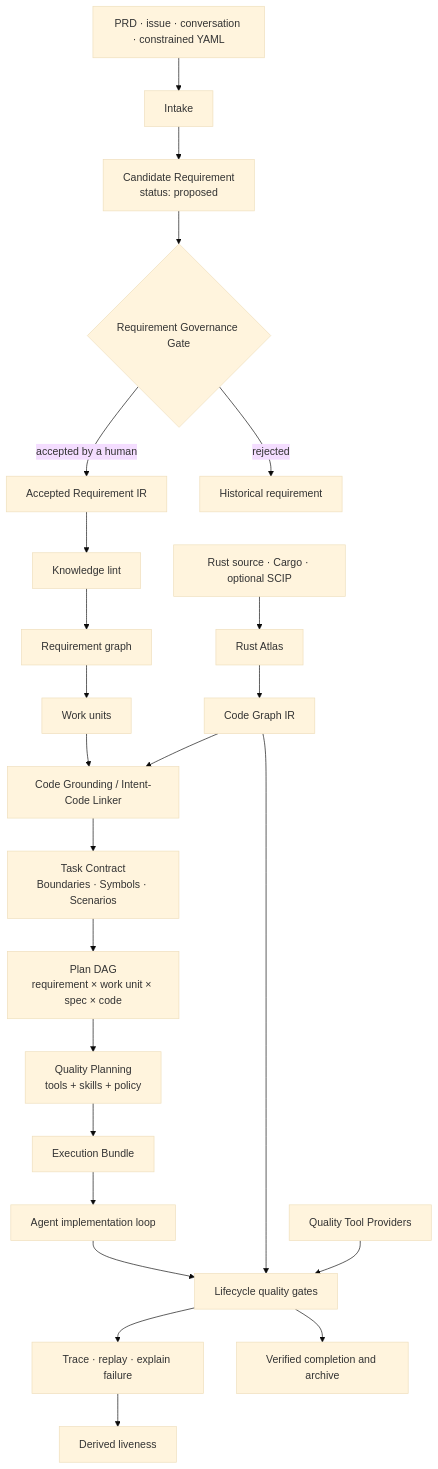
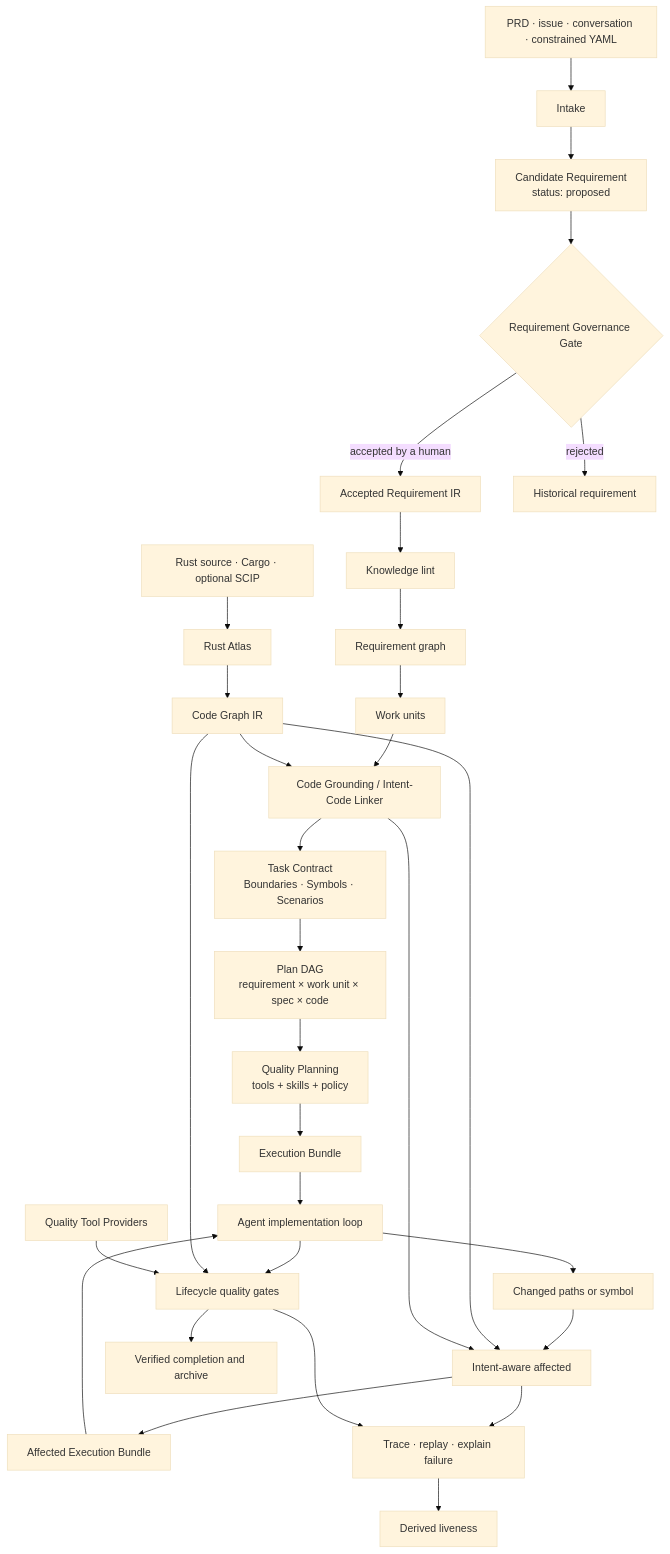
Before and after one commit to ZhangHanDong/agent-spec: the diagram in docs/intent-compiler/architecture.md, drawn with Mermaid (base theme). The commit also changed other lines of this file and 24 other files, not shown here.

Commit message:
feat(intent): connect affected code to governed evidence

````diff
--- a/docs/intent-compiler/architecture.md
+++ b/docs/intent-compiler/architecture.md
@@ -27,30 +27,37 @@
 ```mermaid
 flowchart TD
     A["PRD · issue · conversation · constrained YAML"] --> B["Intake"]
     B --> C["Candidate Requirement<br/>status: proposed"]
     C --> D{"Requirement Governance Gate"}
     D -->|accepted by a human| E["Accepted Requirement IR"]
     D -->|rejected| R["Historical requirement"]
 
     E --> F["Knowledge lint"]
     F --> G["Requirement graph"]
     G --> H["Work units"]
 
     RS["Rust source · Cargo · optional SCIP"] --> RA["Rust Atlas"]
     RA --> PI["Code Graph IR"]
 
     H --> L["Code Grounding / Intent-Code Linker"]
     PI --> L
     L --> K["Task Contract<br/>Boundaries · Symbols · Scenarios"]
     K --> P["Plan DAG<br/>requirement × work unit × spec × code"]
     P --> Q["Quality Planning<br/>tools + skills + policy"]
     Q --> EB["Execution Bundle"]
 
     EB --> I["Agent implementation loop"]
+    I --> CA["Changed paths or symbol"]
+    CA --> AI["Intent-aware affected"]
+    PI --> AI
+    L --> AI
+    AI --> AB["Affected Execution Bundle"]
+    AB --> I
     I --> V["Lifecycle quality gates"]
     PI --> V
     T["Quality Tool Providers"] --> V
+    AI --> X["Trace ledger v2"]
     V --> X["Trace · replay · explain failure"]
     X --> Y["Derived liveness"]
     V --> Z["Verified completion and archive"]
 ```
````
